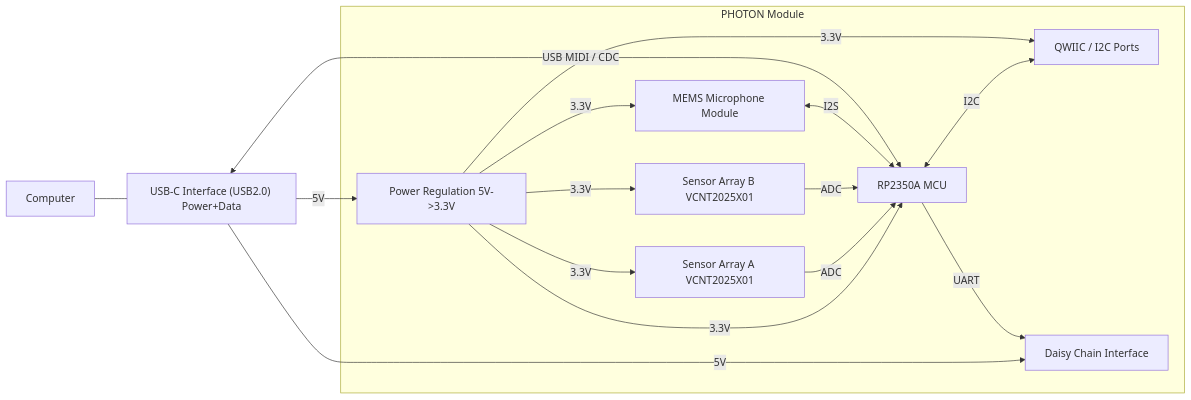
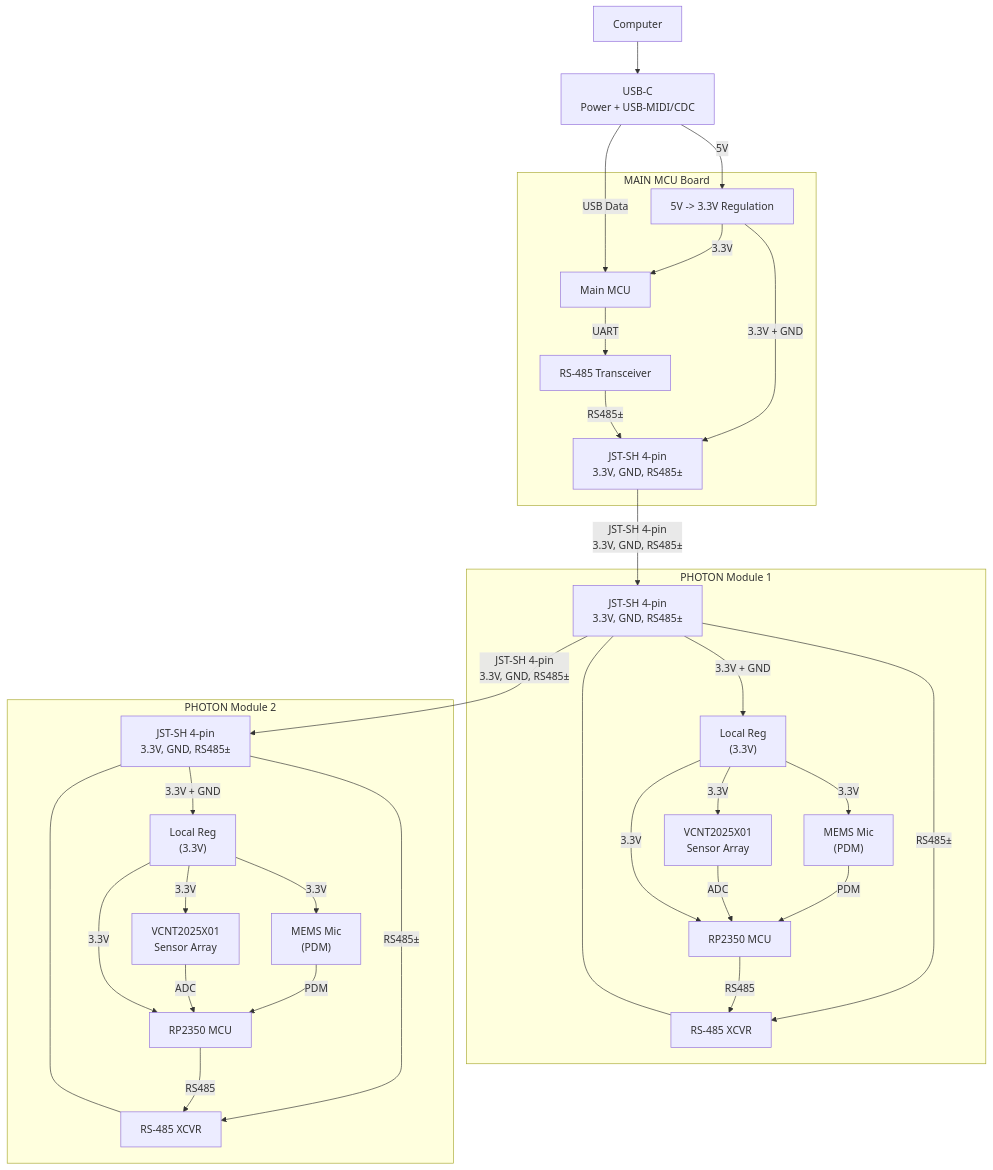
Before and after one commit to w4iei/PHOTON: the diagram in README.md, drawn with Mermaid. The commit also changed other lines of this file and 1 other file, not shown here.

````diff
--- a/README.md
+++ b/README.md
@@ -65,42 +76,97 @@
 ```mermaid
-flowchart LR
-
-  %% invisible anchor on the far left
-  L["Computer"]
+flowchart TB
 
   %% =========================
-  %% PHOTON MODULE ARCHITECTURE
+  %% HOST & MAIN CONTROLLER
   %% =========================
 
-  subgraph P["PHOTON Module"]
-    RP["RP2350A MCU"]
-    QW["QWIIC / I2C Ports"]
-    A["Sensor Array A VCNT2025X01"]
-    B["Sensor Array B VCNT2025X01"]
-    REG["Power Regulation 5V->3.3V"]
-    DCI["Daisy Chain Interface"]
-    MEMS["MEMS Microphone Module"]
+  PC["Computer"]
+  USB["USB-C<br/>Power + USB-MIDI/CDC"]
+
+  subgraph MAIN["MAIN MCU Board"]
+    MAIN_MCU["Main MCU"]
+    MAIN_REG["5V -> 3.3V Regulation"]
+    JST_MAIN["JST-SH 4-pin<br/>3.3V, GND, RS485±"]
+    RS485A["RS-485 Transceiver"]
   end
 
-  USB["USB-C Interface (USB2.0) Power+Data"]
+  PC --> USB
+  USB -- "USB Data" --> MAIN_MCU
+  USB -- "5V" --> MAIN_REG
+  MAIN_REG -- "3.3V" --> MAIN_MCU
 
-  %% force USB to far left
-  L --- USB
+  MAIN_REG -- "3.3V + GND" --> JST_MAIN
+  MAIN_MCU -- "UART" --> RS485A
+  RS485A -- "RS485±" --> JST_MAIN
 
-  %% Data & control paths
-  RP <-->|"USB MIDI / CDC"| USB
-  RP <-->|I2C| QW
+  %% =========================
+  %% PHOTON MODULE 1
+  %% =========================
 
-  %% Power paths
-  USB -- "5V" --> REG
-  REG -- "3.3V" --> RP
-  REG -- "3.3V" --> A
-  REG -- "3.3V" --> B
-  REG -- "3.3V" --> QW
-  USB -- "5V" --> DCI
-  RP -- "UART" --> DCI
-  A -- "ADC" --> RP
-  B -- "ADC" --> RP
-  REG -- "3.3V" --> MEMS
-  MEMS -- "I2S" <--> RP
+  subgraph P1["PHOTON Module 1"]
+    JST1["JST-SH 4-pin<br/>3.3V, GND, RS485±"]
+    RS485_1["RS-485 XCVR"]
+    REG1["Local Reg<br/>(3.3V)"]
+    RP1["RP2350 MCU"]
+    A1["VCNT2025X01<br/>Sensor Array"]
+    MEMS1["MEMS Mic<br/>(PDM)"]
+  end
+
+  %% =========================
+  %% PHOTON MODULE 2
+  %% =========================
+
+  subgraph P2["PHOTON Module 2"]
+    JST2["JST-SH 4-pin<br/>3.3V, GND, RS485±"]
+    RS485_2["RS-485 XCVR"]
+    REG2["Local Reg<br/>(3.3V)"]
+    RP2["RP2350 MCU"]
+    A2["VCNT2025X01<br/>Sensor Array"]
+    MEMS2["MEMS Mic<br/>(PDM)"]
+  end
+
+  %% =========================
+  %% SINGLE JST-4PIN DAISY CHAIN
+  %% (3.3V, GND, RS485+, RS485-)
+  %% =========================
+
+  JST_MAIN -->|JST-SH 4-pin<br/>3.3V, GND, RS485±| JST1
+  JST1 -->|JST-SH 4-pin<br/>3.3V, GND, RS485±| JST2
+
+  %% Force physical adjacency of JST and RS-485 on each board
+  JST1 --- RS485_1
+  JST2 --- RS485_2
+
+  %% =========================
+  %% BREAKOUT INSIDE EACH MODULE
+  %% =========================
+
+  JST1 -- "3.3V + GND" --> REG1
+  JST1 -- "RS485±" --> RS485_1
+
+  JST2 -- "3.3V + GND" --> REG2
+  JST2 -- "RS485±" --> RS485_2
+
+  %% =========================
+  %% LOCAL POWER & SIGNALING
+  %% =========================
+
+  REG1 -- "3.3V" --> RP1
+  REG1 -- "3.3V" --> A1
+  REG1 -- "3.3V" --> MEMS1
+  A1 -- "ADC" --> RP1
+  MEMS1 -- "PDM" --> RP1
+
+  REG2 -- "3.3V" --> RP2
+  REG2 -- "3.3V" --> A2
+  REG2 -- "3.3V" --> MEMS2
+  A2 -- "ADC" --> RP2
+  MEMS2 -- "PDM" --> RP2
+
+  %% =========================
+  %% DATA FLOW UPSTREAM
+  %% =========================
+
+  RP1 -- "RS485" --> RS485_1
+  RP2 -- "RS485" --> RS485_2
 ```
````
